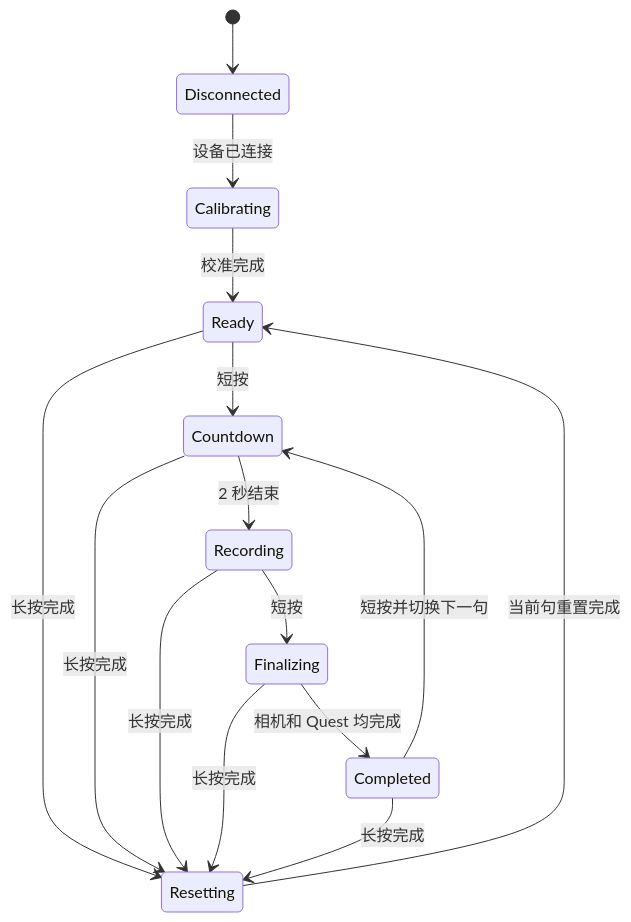
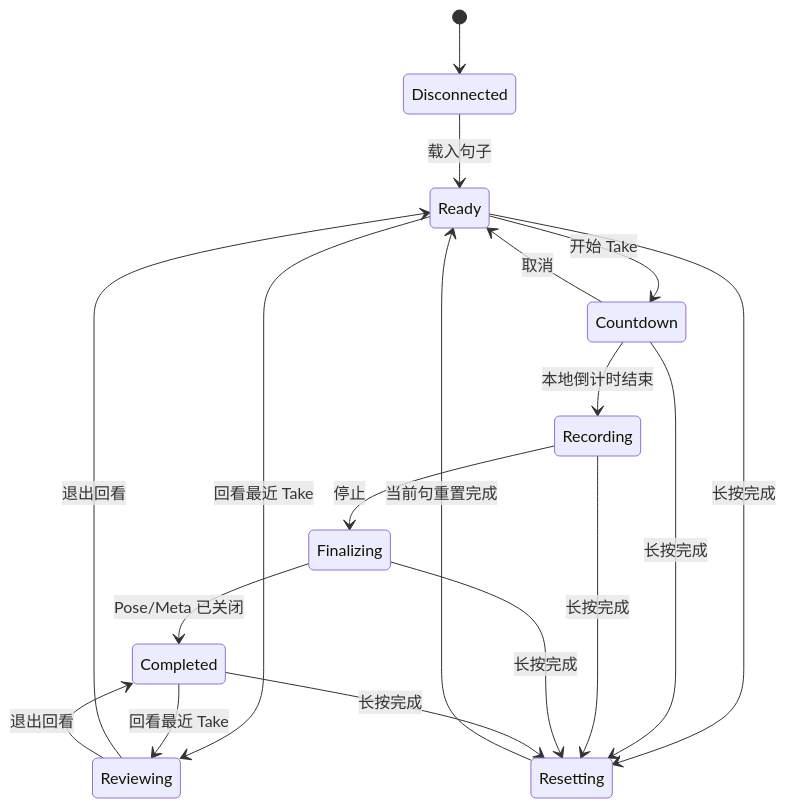
The second of 2 diagrams in Docs/VR-Sign-Capture-System-Design.md (Lceoliu/VR-Sign-Record-System), drawn with Mermaid before and after one commit. The commit also changed other lines of this file, not shown here.

Commit message:
docs: sync recording system implementation baseline

```diff
--- a/Docs/VR-Sign-Capture-System-Design.md
+++ b/Docs/VR-Sign-Capture-System-Design.md
@@ -171,17 +173,20 @@
 ~~~mermaid
 stateDiagram-v2
     [*] --> Disconnected
-    Disconnected --> Calibrating: 设备已连接
-    Calibrating --> Ready: 校准完成
-    Ready --> Countdown: 短按
-    Countdown --> Recording: 2 秒结束
-    Recording --> Finalizing: 短按
-    Finalizing --> Completed: 相机和 Quest 均完成
-    Completed --> Countdown: 短按并切换下一句
+    Disconnected --> Ready: 载入句子
+    Ready --> Countdown: 开始 Take
+    Countdown --> Recording: 本地倒计时结束
+    Countdown --> Ready: 取消
+    Recording --> Finalizing: 停止
+    Finalizing --> Completed: Pose/Meta 已关闭
+    Ready --> Reviewing: 回看最近 Take
+    Completed --> Reviewing: 回看最近 Take
+    Reviewing --> Ready: 退出回看
+    Reviewing --> Completed: 退出回看
     Ready --> Resetting: 长按完成
     Countdown --> Resetting: 长按完成
     Recording --> Resetting: 长按完成
     Finalizing --> Resetting: 长按完成
     Completed --> Resetting: 长按完成
     Resetting --> Ready: 当前句重置完成
 ~~~
```
